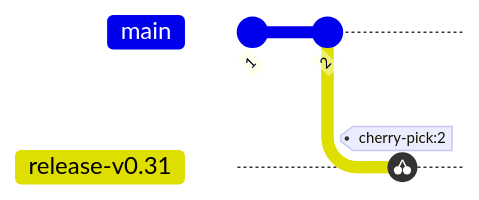
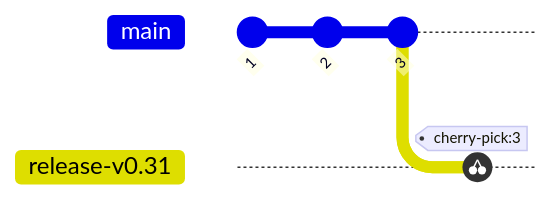
The first of 3 diagrams in docs/developer/release/create-release-branch.md (grafana/agent), drawn with Mermaid before and after one commit. The commit also changed other lines of this file and 2 other files, not shown here.

````diff
--- a/docs/developer/release/create-release-branch.md
+++ b/docs/developer/release/create-release-branch.md
@@ -17,8 +29,9 @@
 ```mermaid
 gitGraph
     commit id: "1"
     commit id: "2"
+    commit id: "3"
     branch release-v0.31
     checkout release-v0.31
-    cherry-pick id: "2"
+    cherry-pick id: "3"
 ```
````
